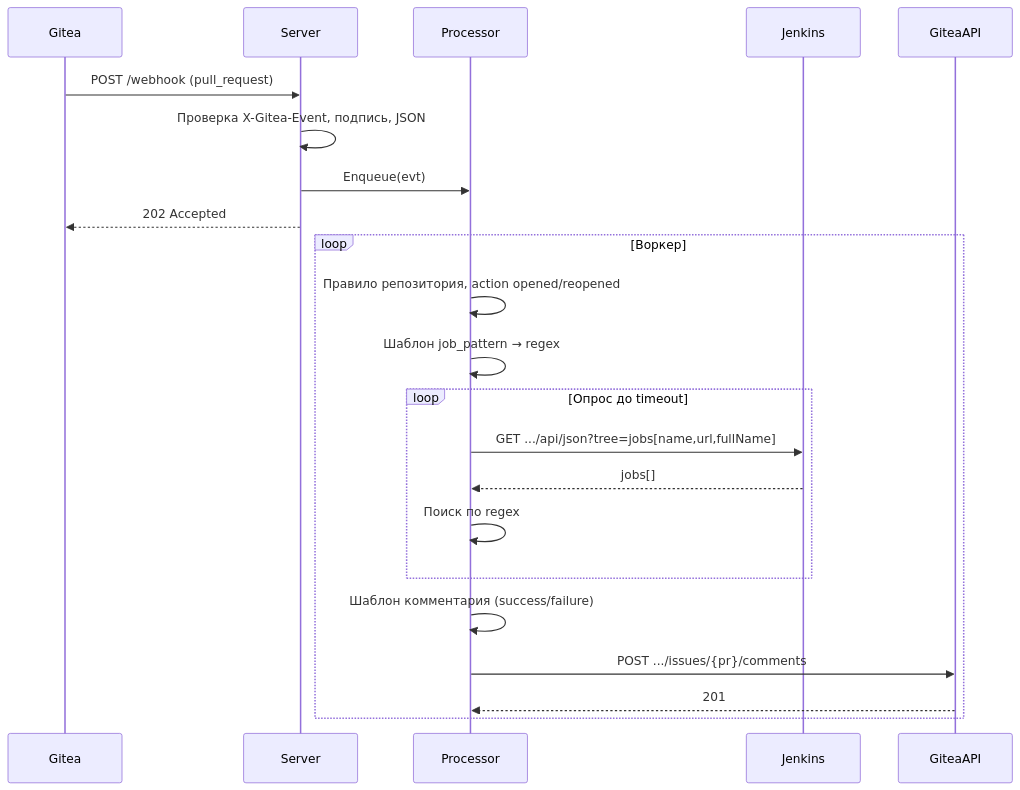
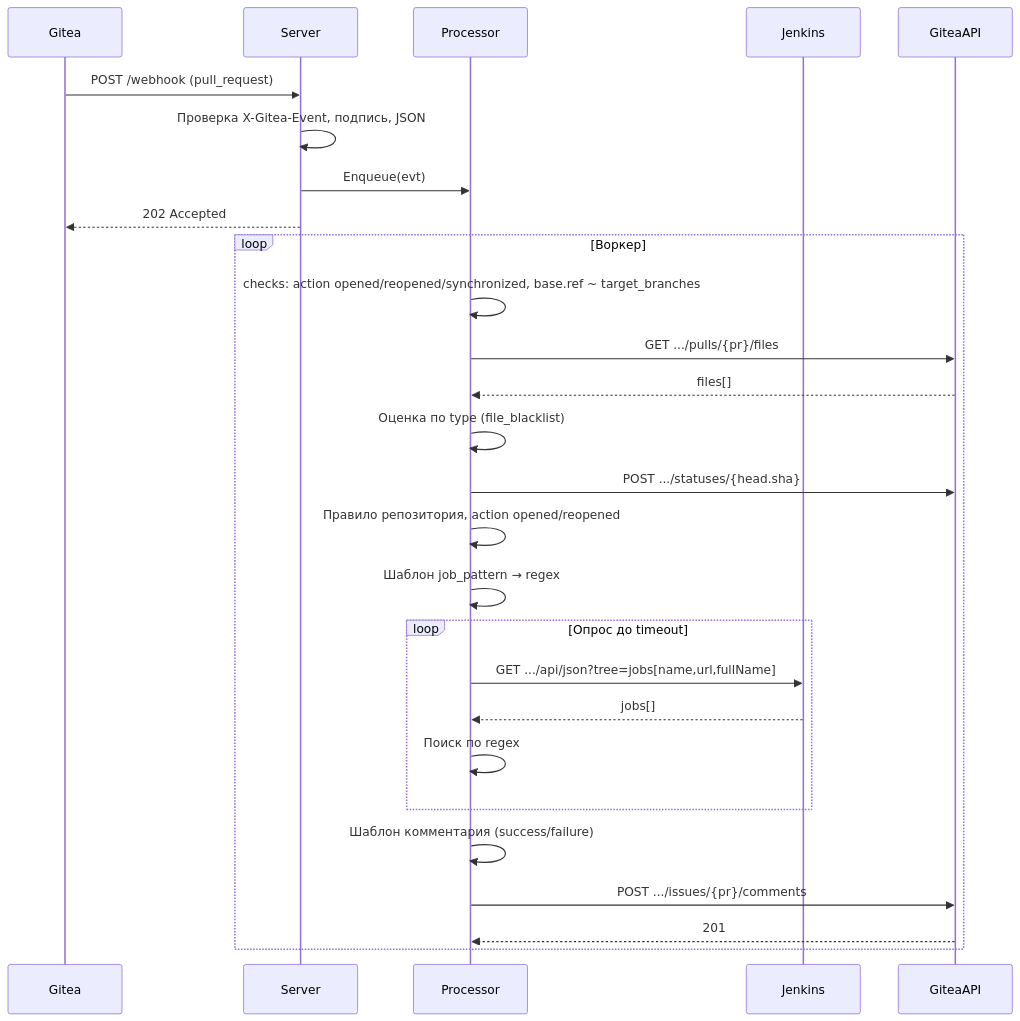
Before and after one commit to eremenko789/rkl-jarvis-pr-helper: the first of 2 diagrams in docs/architecture.md, drawn with Mermaid. The commit also changed other lines of this file and 27 other files, not shown here.

````diff
--- a/docs/architecture.md
+++ b/docs/architecture.md
@@ -15,26 +16,31 @@
 ```mermaid
 sequenceDiagram
     participant Gitea
     participant Server
     participant Processor
     participant Jenkins
     participant GiteaAPI
 
     Gitea->>Server: POST /webhook (pull_request)
     Server->>Server: Проверка X-Gitea-Event, подпись, JSON
     Server->>Processor: Enqueue(evt)
     Server-->>Gitea: 202 Accepted
 
     loop Воркер
+        Processor->>Processor: checks: action opened/reopened/synchronized, base.ref ~ target_branches
+        Processor->>GiteaAPI: GET .../pulls/{pr}/files
+        GiteaAPI-->>Processor: files[]
+        Processor->>Processor: Оценка по type (file_blacklist)
+        Processor->>GiteaAPI: POST .../statuses/{head.sha}
         Processor->>Processor: Правило репозитория, action opened/reopened
         Processor->>Processor: Шаблон job_pattern → regex
         loop Опрос до timeout
             Processor->>Jenkins: GET .../api/json?tree=jobs[name,url,fullName]
             Jenkins-->>Processor: jobs[]
             Processor->>Processor: Поиск по regex
         end
         Processor->>Processor: Шаблон комментария (success/failure)
         Processor->>GiteaAPI: POST .../issues/{pr}/comments
         GiteaAPI-->>Processor: 201
     end
 ```
````
